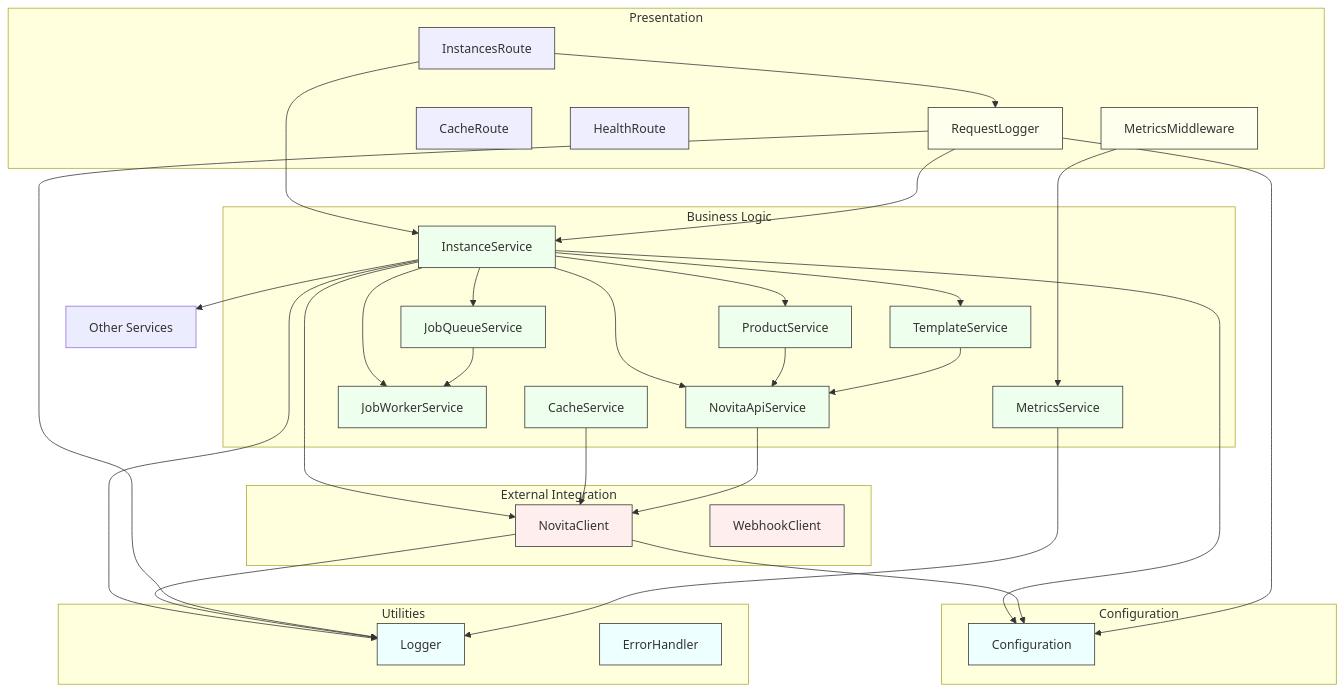
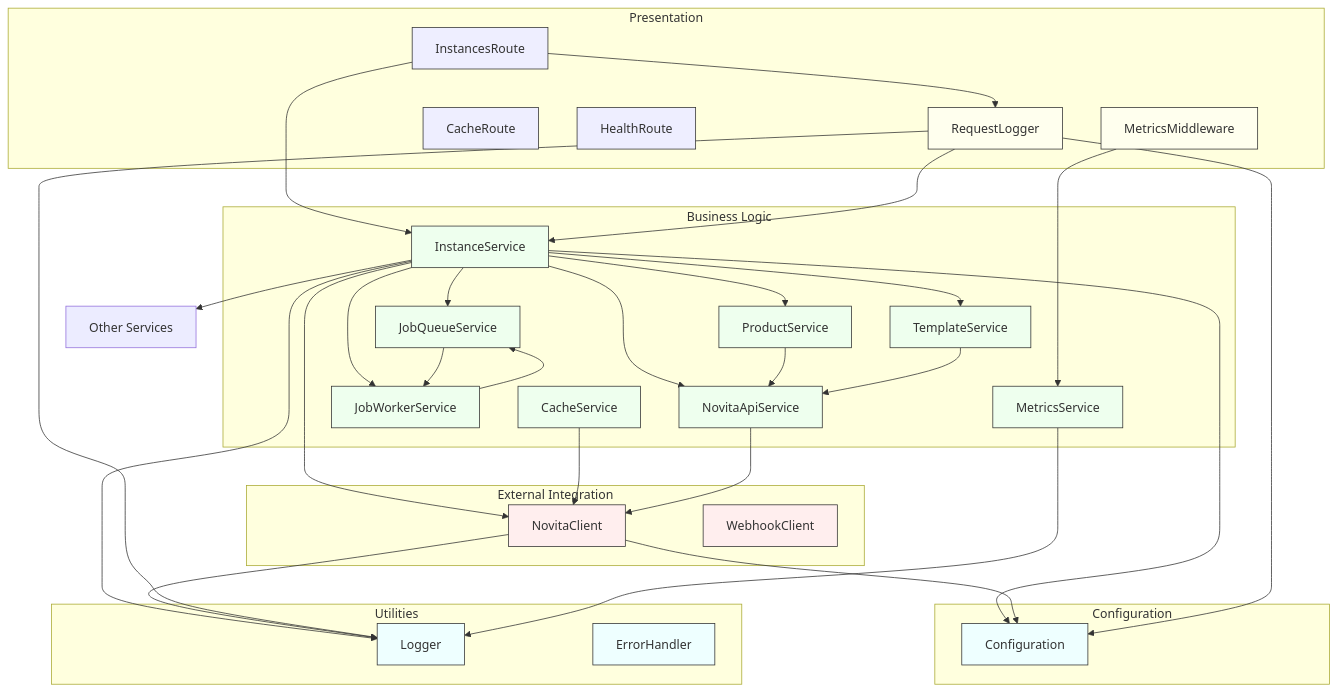
One commit to sontl/novita-ai-api changed the ninth of 9 diagrams in .qoder/repowiki/en/content/Service Architecture/Service Architecture.md. Above: the diagram before and after it, drawn with Mermaid. The commit also changed other lines of this file and 17 other files, not shown here.

````diff
--- a/.qoder/repowiki/en/content/Service Architecture/Service Architecture.md
+++ b/.qoder/repowiki/en/content/Service Architecture/Service Architecture.md
@@ -391,72 +443,73 @@
 ```mermaid
 graph TD
 A[Routes] --> B[Services]
 B --> C[Clients]
 B --> D[Other Services]
 A --> E[Middleware]
 B --> F[Configuration]
 B --> G[Utilities]
 C --> F
 C --> G
 E --> G
 E --> F
 E --> B
 subgraph "Configuration"
 F
 end
 subgraph "Utilities"
 G[Logger]
 H[ErrorHandler]
 end
 subgraph "External Integration"
 C[NovitaClient]
 I[WebhookClient]
 end
 subgraph "Business Logic"
 B[InstanceService]
 J[ProductService]
 K[TemplateService]
 L[CacheService]
 M[MetricsService]
 N[JobQueueService]
 O[JobWorkerService]
 P[NovitaApiService]
 end
 subgraph "Presentation"
 A[InstancesRoute]
 Q[CacheRoute]
 R[HealthRoute]
 E[RequestLogger]
 S[MetricsMiddleware]
 end
 B --> J
 B --> K
 B --> N
 B --> O
 B --> P
 J --> P
 K --> P
 L --> C
 M --> G
 N --> O
 P --> C
 S --> M
+O --> N
 style F fill:#eff,stroke:#333
 style G fill:#eff,stroke:#333
 style H fill:#eff,stroke:#333
 style C fill:#fee,stroke:#333
 style I fill:#fee,stroke:#333
 style B fill:#efe,stroke:#333
 style J fill:#efe,stroke:#333
 style K fill:#efe,stroke:#333
 style L fill:#efe,stroke:#333
 style M fill:#efe,stroke:#333
 style N fill:#efe,stroke:#333
 style O fill:#efe,stroke:#333
 style P fill:#efe,stroke:#333
 style A fill:#eef,stroke:#333
 style Q fill:#eef,stroke:#333
 style R fill:#eef,stroke:#333
 style E fill:#ffe,stroke:#333
 style S fill:#ffe,stroke:#333
 ```
````
